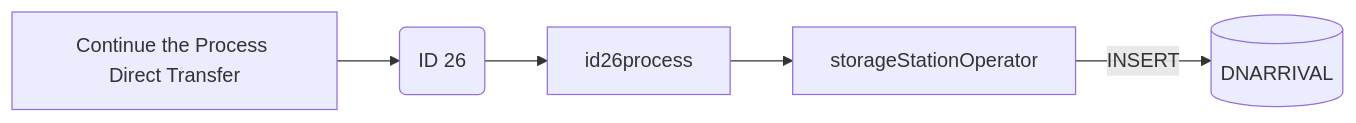
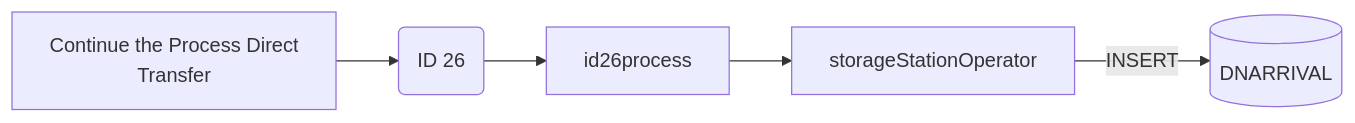
One commit to luthfiadityaa/SimeDarby-Wiki changed the fifth of 23 diagrams in Basic-Design/DFD-WMS/Storage/Palletizing-Settting/Palletize-Start.md. Above: the diagram before and after it, drawn with Mermaid. The commit also changed other lines of this file, not shown here.

```diff
--- a/Basic-Design/DFD-WMS/Storage/Palletizing-Settting/Palletize-Start.md
+++ b/Basic-Design/DFD-WMS/Storage/Palletizing-Settting/Palletize-Start.md
@@ -327,20 +327,21 @@
 ::: mermaid
 flowchart LR
 
 releaseCommand["
-Continue the Process Direct Transfer
+Continue the Process Direct 
+Transfer
 "]
 
 id26msg("
 ID 26
 ")
 
 id26-insert[("
 DNARRIVAL
 ")]
 
 storageStationOperator[storageStationOperator]
 
 releaseCommand-->id26msg-->id26process-->storageStationOperator
 storageStationOperator--> |INSERT| id26-insert
 :::
```
